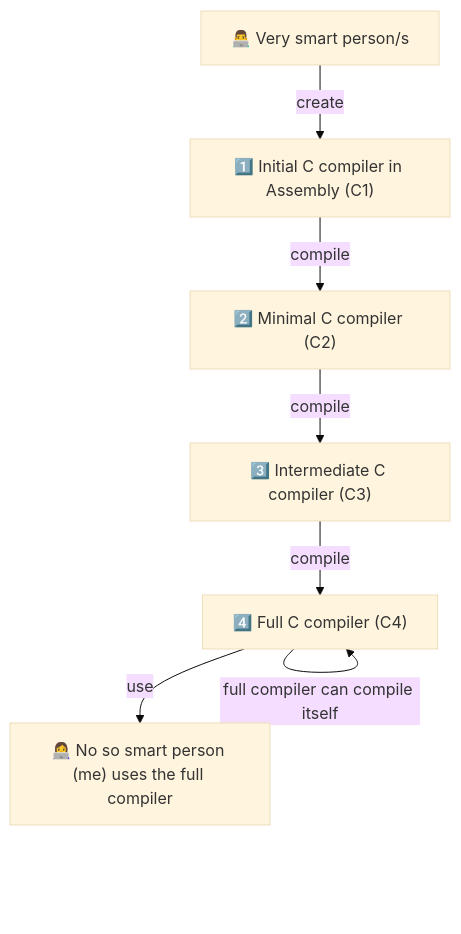
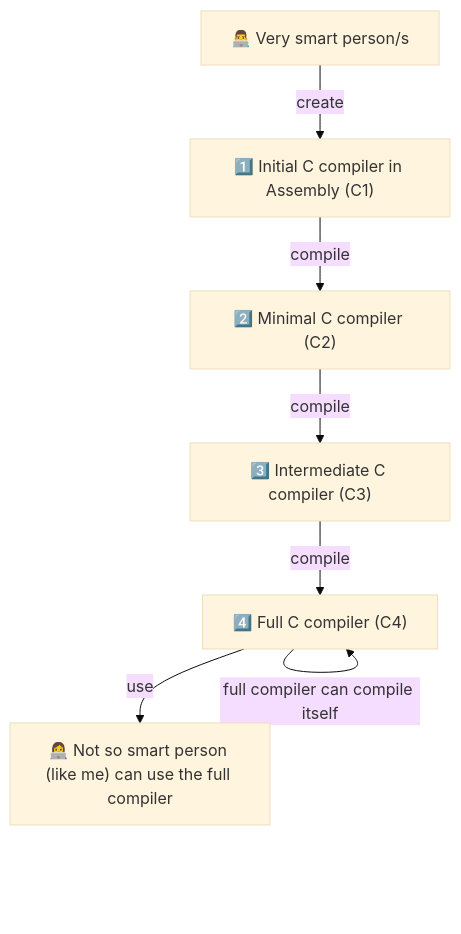
Before and after one commit to cesarsotovalero/cesarsotovalero.github.io: the first of 2 diagrams in _posts/2023/2023-12-27-revisiting-ken-thompson-reflection-on-trusting-trust.md, drawn with Mermaid. The commit also changed other lines of this file and 1 other file, not shown here.

````diff
--- a/_posts/2023/2023-12-27-revisiting-ken-thompson-reflection-on-trusting-trust.md
+++ b/_posts/2023/2023-12-27-revisiting-ken-thompson-reflection-on-trusting-trust.md
@@ -80,10 +81,10 @@
 ```mermaid
 %%{init: {'theme':'base'}}%%
 graph TB
     P1["👨‍💻 Very smart person/s"] --> |"create"| A["1️⃣ Initial C compiler in Assembly (C1)"]
     A --> |"compile"| B["2️⃣ Minimal C compiler (C2)"]
     B --> |"compile"| C["3️⃣ Intermediate C compiler (C3)"]
     C --> |"compile"| D["4️⃣ Full C compiler (C4)"]
     D --> |"full compiler can compile itself"|D 
-    D --> |"use"| P2["👩‍💻 No so smart person (me) uses the full compiler"]
+    D --> |"use"| P2["👩‍💻 Not so smart person (like me) can use the full compiler"]
 ```
````
